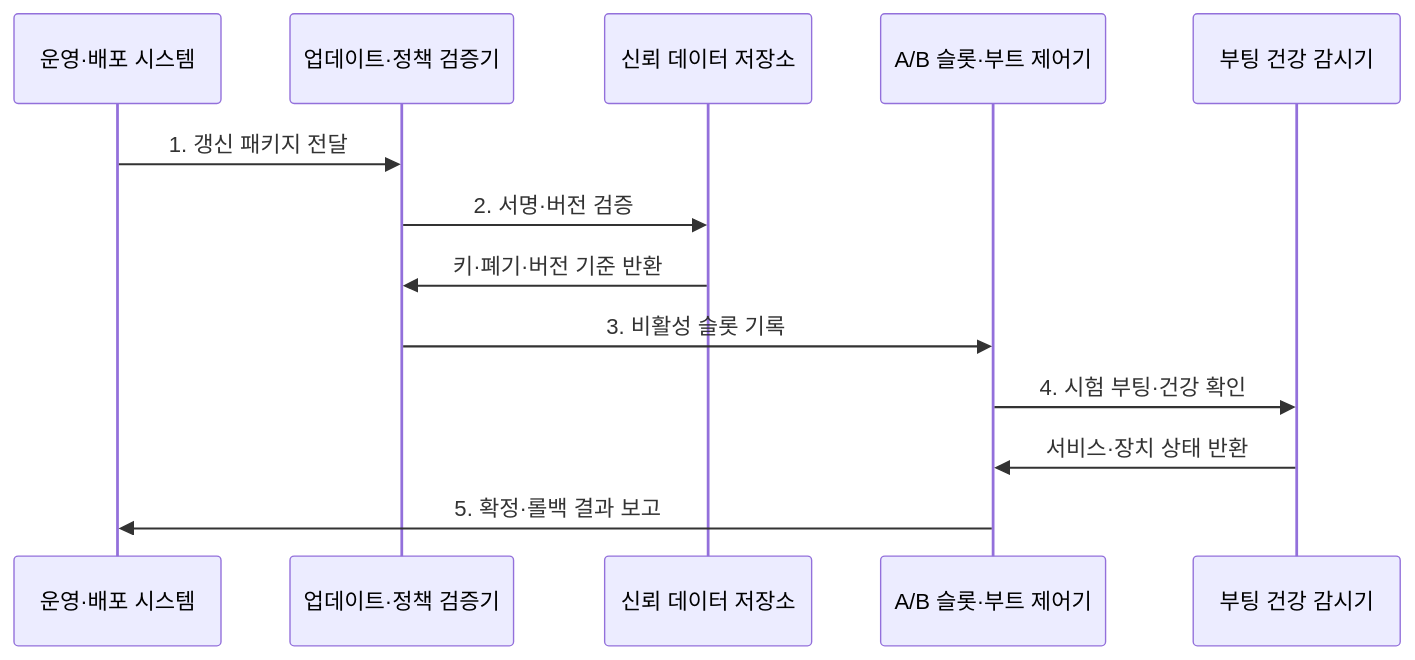
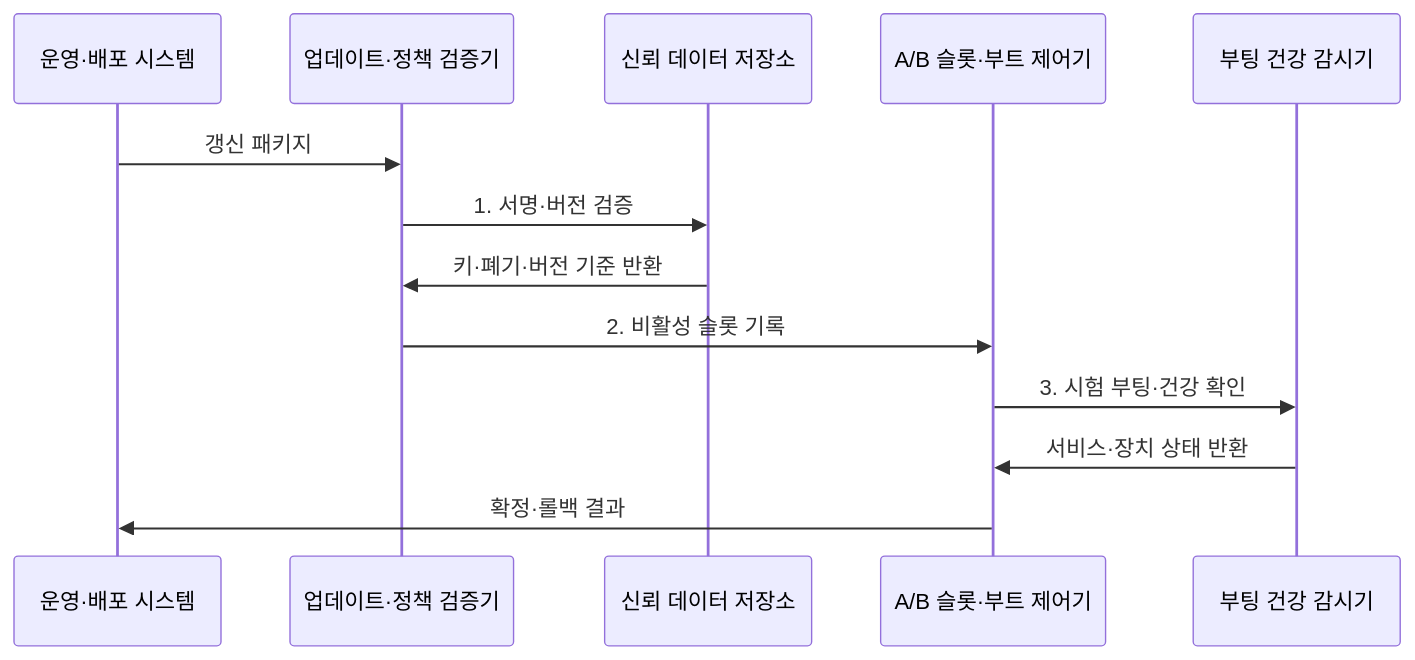
One commit to agnusdei1207/knowledge-base changed the second of 2 diagrams in src/content/docs/notes/02-hardware/069_firmware_security.md. Above: the diagram before and after it, drawn with Mermaid. The commit also changed other lines of this file and 19 other files, not shown here.

````diff
--- a/src/content/docs/notes/02-hardware/069_firmware_security.md
+++ b/src/content/docs/notes/02-hardware/069_firmware_security.md
@@ -86,16 +86,16 @@
 ```mermaid
 sequenceDiagram
     participant O as 운영·배포 시스템
     participant U as 업데이트·정책 검증기
     participant T as 신뢰 데이터 저장소
     participant S as A/B 슬롯·부트 제어기
     participant H as 부팅 건강 감시기
 
-    O->>U: 1. 갱신 패키지 전달
-    U->>T: 2. 서명·버전 검증
+    O->>U: 갱신 패키지
+    U->>T: 1. 서명·버전 검증
     T->>U: 키·폐기·버전 기준 반환
-    U->>S: 3. 비활성 슬롯 기록
-    S->>H: 4. 시험 부팅·건강 확인
+    U->>S: 2. 비활성 슬롯 기록
+    S->>H: 3. 시험 부팅·건강 확인
     H->>S: 서비스·장치 상태 반환
-    S->>O: 5. 확정·롤백 결과 보고
+    S->>O: 확정·롤백 결과
 ```
````
